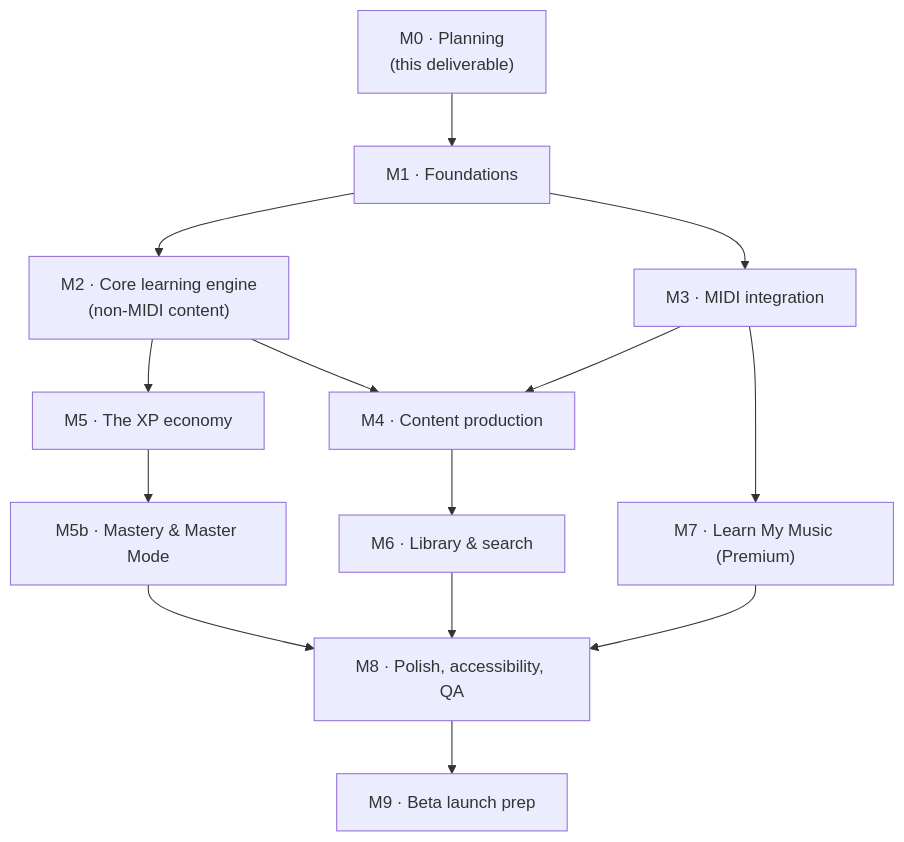
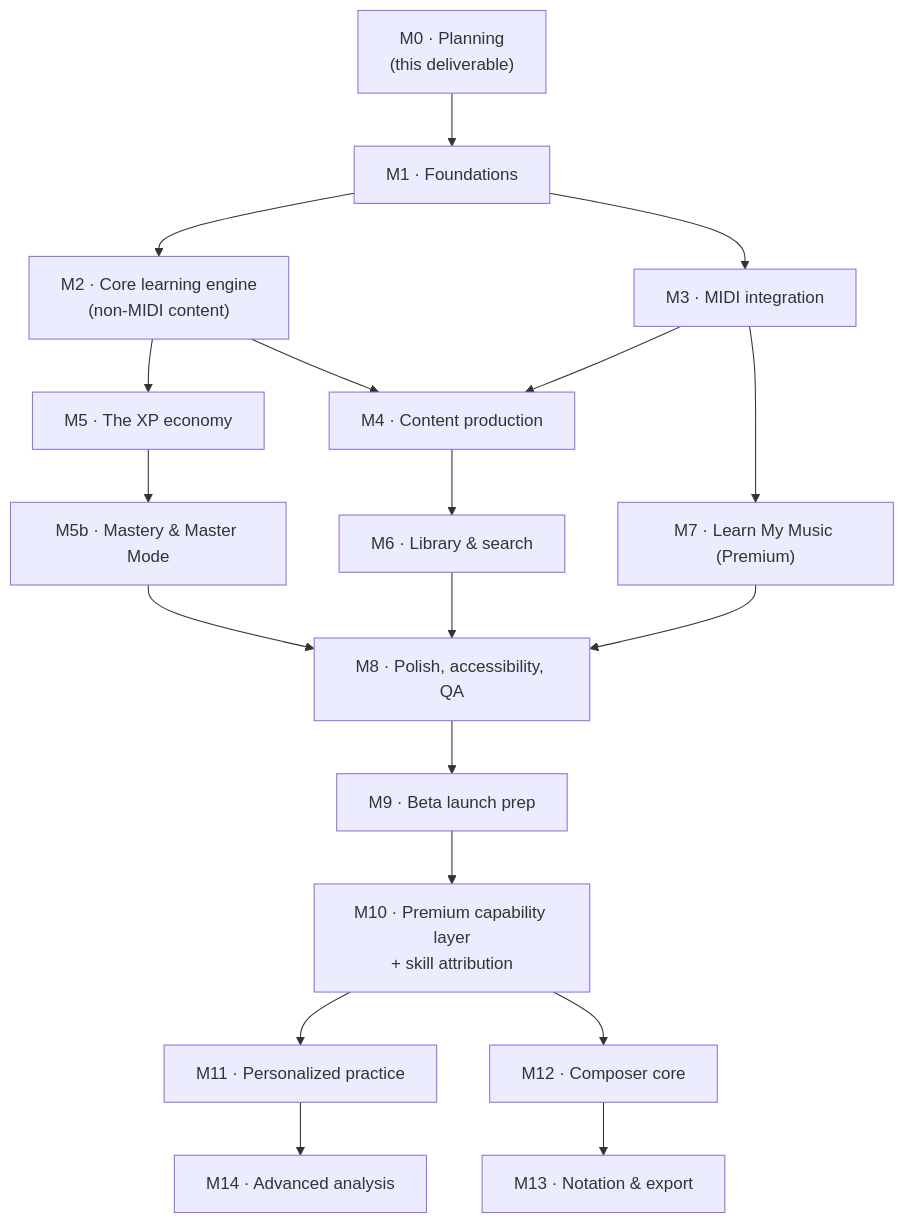
Before and after one commit to IndraKar/keyboard-app: the diagram in docs/05-roadmap.md, drawn with Mermaid. The commit also changed other lines of this file and 4 other files, not shown here.

First line of the commit message:
Plan the Plus expansion: capability layer, composer, personalized practice

````diff
--- a/docs/05-roadmap.md
+++ b/docs/05-roadmap.md
@@ -7,16 +7,22 @@
 ```mermaid
 flowchart TD
     M0["M0 · Planning<br/>(this deliverable)"] --> M1["M1 · Foundations"]
     M1 --> M2["M2 · Core learning engine<br/>(non-MIDI content)"]
     M1 --> M3["M3 · MIDI integration"]
     M2 --> M4["M4 · Content production"]
     M3 --> M4
     M2 --> M5["M5 · The XP economy"]
     M4 --> M6["M6 · Library & search"]
     M3 --> M7["M7 · Learn My Music (Premium)"]
     M5 --> M5b["M5b · Mastery & Master Mode"]
     M5b --> M8["M8 · Polish, accessibility, QA"]
     M6 --> M8
     M7 --> M8
     M8 --> M9["M9 · Beta launch prep"]
+
+    M9 --> M10["M10 · Premium capability layer<br/>+ skill attribution"]
+    M10 --> M11["M11 · Personalized practice"]
+    M10 --> M12["M12 · Composer core"]
+    M12 --> M13["M13 · Notation & export"]
+    M11 --> M14["M14 · Advanced analysis"]
 ```
````
